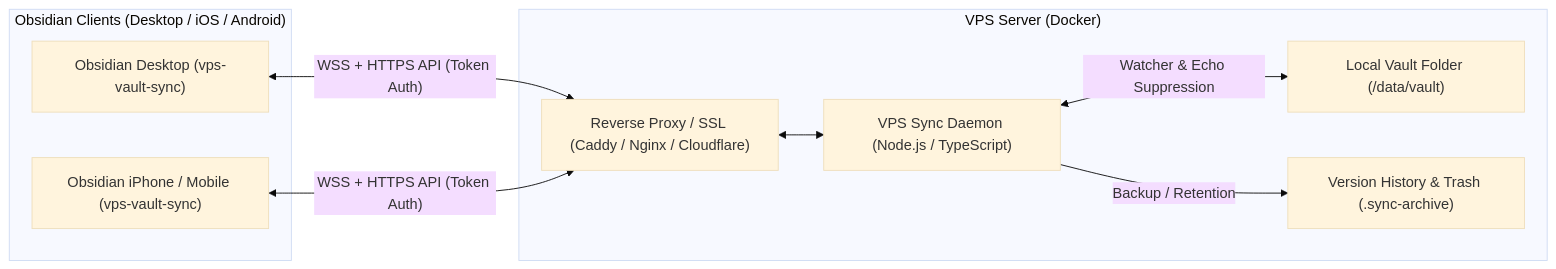
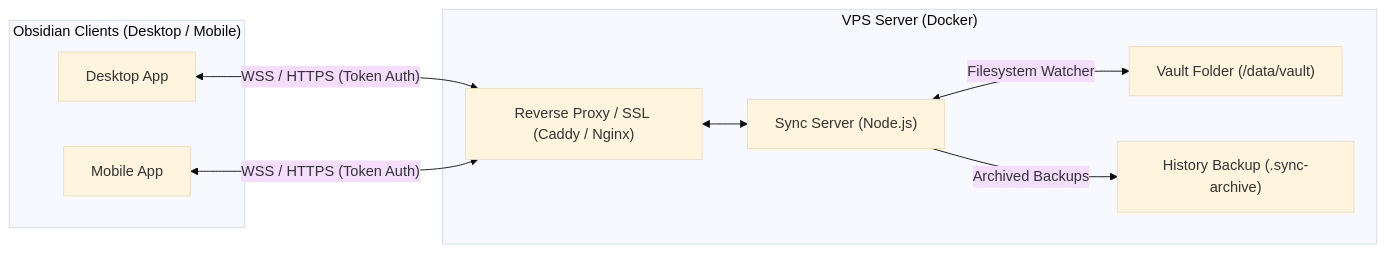
The diagram in README.md (lmLumos/vps-vault-sync), drawn with Mermaid (base theme) before and after one commit. The commit also changed other lines of this file, not shown here.

````diff
--- a/README.md
+++ b/README.md
@@ -28,20 +27,20 @@
 ```mermaid
 flowchart LR
-    subgraph Clients["Obsidian Clients (Desktop / iOS / Android)"]
-        ClientA["Obsidian Desktop (vps-vault-sync)"]
-        ClientB["Obsidian iPhone / Mobile (vps-vault-sync)"]
+    subgraph Clients["Obsidian Clients (Desktop / Mobile)"]
+        ClientA["Desktop App"]
+        ClientB["Mobile App"]
     end
 
     subgraph VPS["VPS Server (Docker)"]
-        ReverseProxy["Reverse Proxy / SSL (Caddy / Nginx / Cloudflare)"]
-        SyncServer["VPS Sync Daemon (Node.js / TypeScript)"]
-        LocalFS["Local Vault Folder (/data/vault)"]
-        Archive["Version History & Trash (.sync-archive)"]
+        ReverseProxy["Reverse Proxy / SSL (Caddy / Nginx)"]
+        SyncServer["Sync Server (Node.js)"]
+        LocalFS["Vault Folder (/data/vault)"]
+        Archive["History Backup (.sync-archive)"]
     end
 
-    ClientA <-->|"WSS + HTTPS API (Token Auth)"| ReverseProxy
-    ClientB <-->|"WSS + HTTPS API (Token Auth)"| ReverseProxy
+    ClientA <-->|"WSS / HTTPS (Token Auth)"| ReverseProxy
+    ClientB <-->|"WSS / HTTPS (Token Auth)"| ReverseProxy
     ReverseProxy <--> SyncServer
-    SyncServer <-->|"Watcher & Echo Suppression"| LocalFS
-    SyncServer -->|"Backup / Retention"| Archive
+    SyncServer <-->|"Filesystem Watcher"| LocalFS
+    SyncServer -->|"Archived Backups"| Archive
 ```
````
